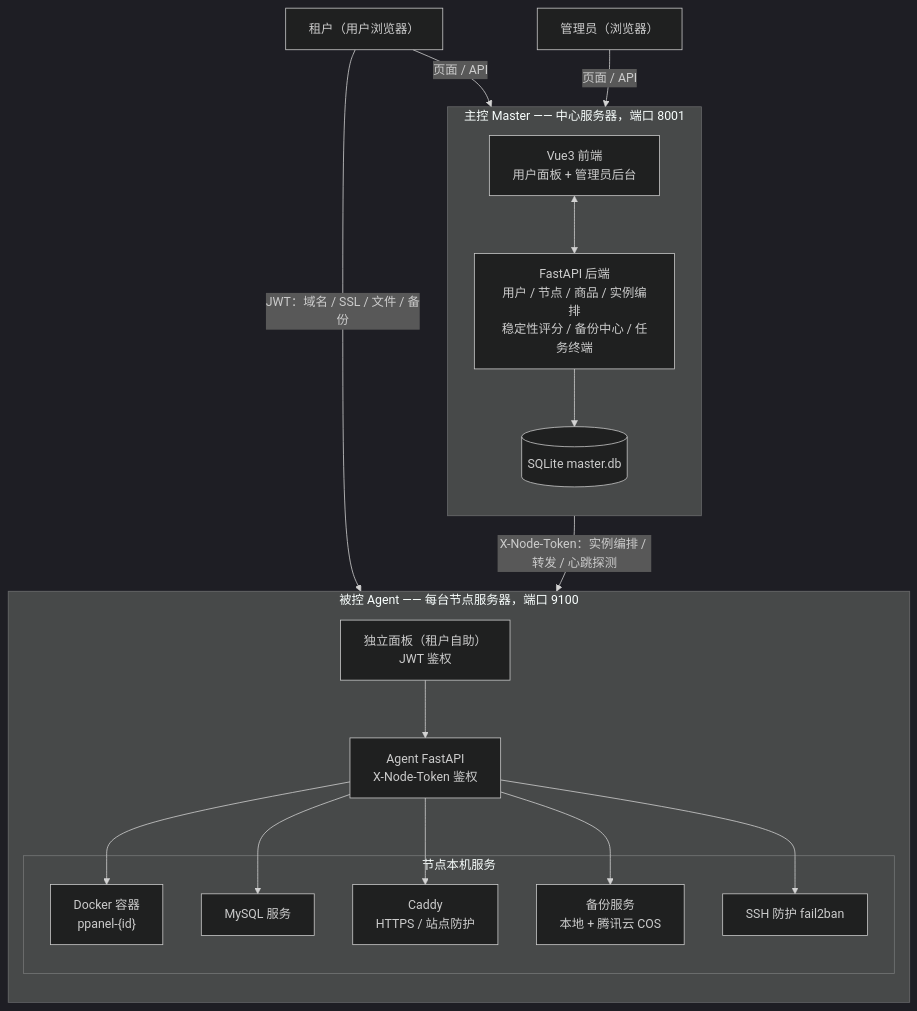
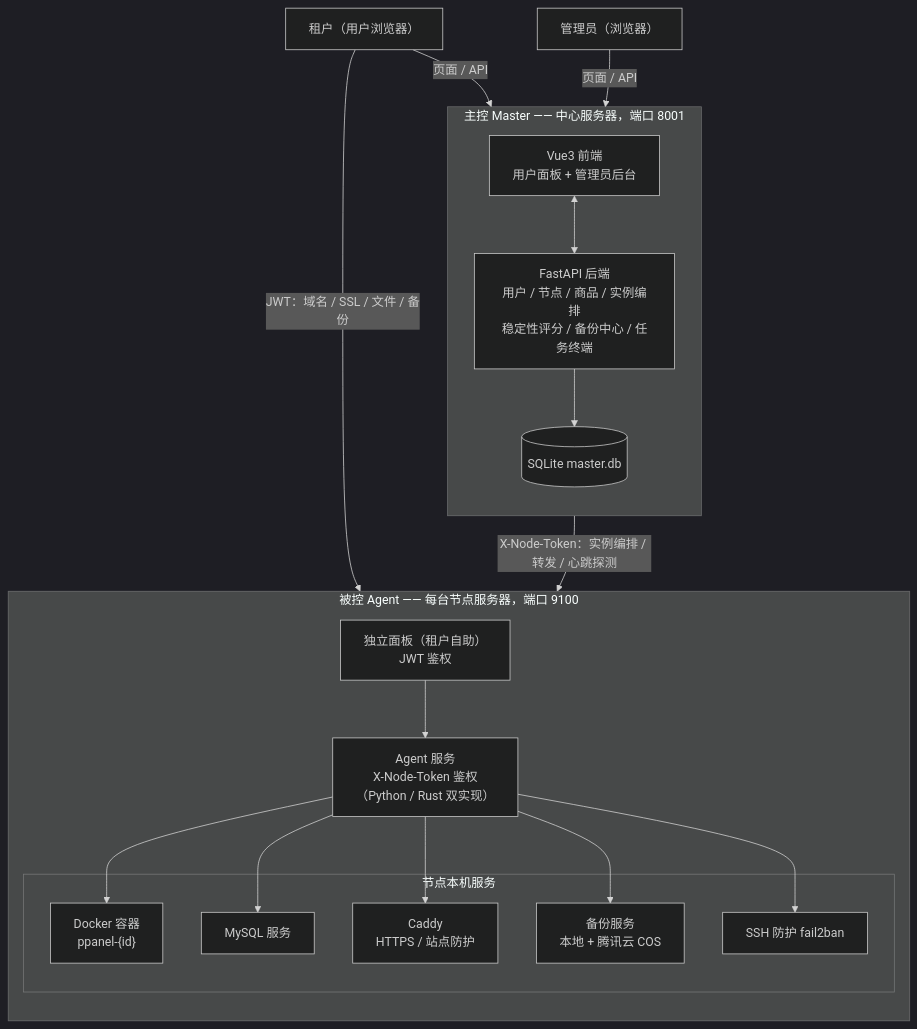
Before and after one commit to 2362400196/ppanel: the diagram in README.md, drawn with Mermaid (dark theme). The commit also changed other lines of this file and 132 other files, not shown here.

First line of the commit message:
被控端 Rust 重构：移除全部旧 Python 实现，替换为 axum + bollard + sqlx 的 Rust agent

````diff
--- a/README.md
+++ b/README.md
@@ -34,38 +47,38 @@
 ```mermaid
 flowchart TB
     U["租户（用户浏览器）"]
     A["管理员（浏览器）"]
 
     subgraph M["主控 Master —— 中心服务器，端口 8001"]
         direction TB
         F["Vue3 前端<br/>用户面板 + 管理员后台"]
         B["FastAPI 后端<br/>用户 / 节点 / 商品 / 实例编排<br/>稳定性评分 / 备份中心 / 任务终端"]
         D[("SQLite master.db")]
         F <--> B
         B --> D
     end
 
     subgraph N["被控 Agent —— 每台节点服务器，端口 9100"]
         direction TB
-        G["Agent FastAPI<br/>X-Node-Token 鉴权"]
+        G["Agent 服务<br/>X-Node-Token 鉴权<br/>（Python / Rust 双实现）"]
         P["独立面板（租户自助）<br/>JWT 鉴权"]
         subgraph S["节点本机服务"]
             DK["Docker 容器<br/>ppanel-{id}"]
             MY["MySQL 服务"]
             CD["Caddy<br/>HTTPS / 站点防护"]
             BK["备份服务<br/>本地 + 腾讯云 COS"]
             FB["SSH 防护 fail2ban"]
         end
         P --> G
         G --> DK
         G --> MY
         G --> CD
         G --> BK
         G --> FB
     end
 
     U -->|页面 / API| F
     A -->|页面 / API| F
     U -->|JWT：域名 / SSL / 文件 / 备份| P
     B -->|"X-Node-Token：实例编排 / 转发 / 心跳探测"| G
 ```
````
